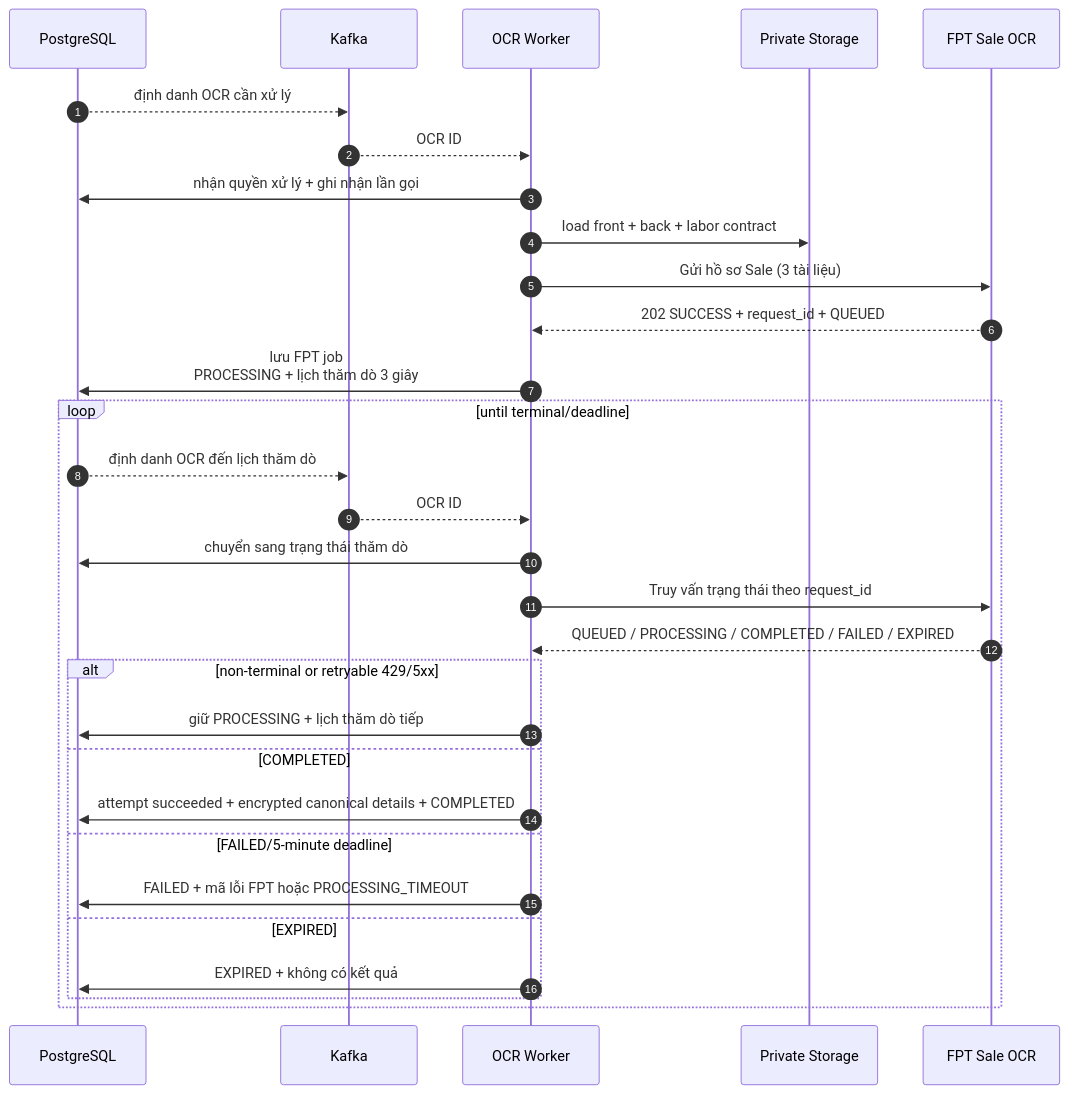
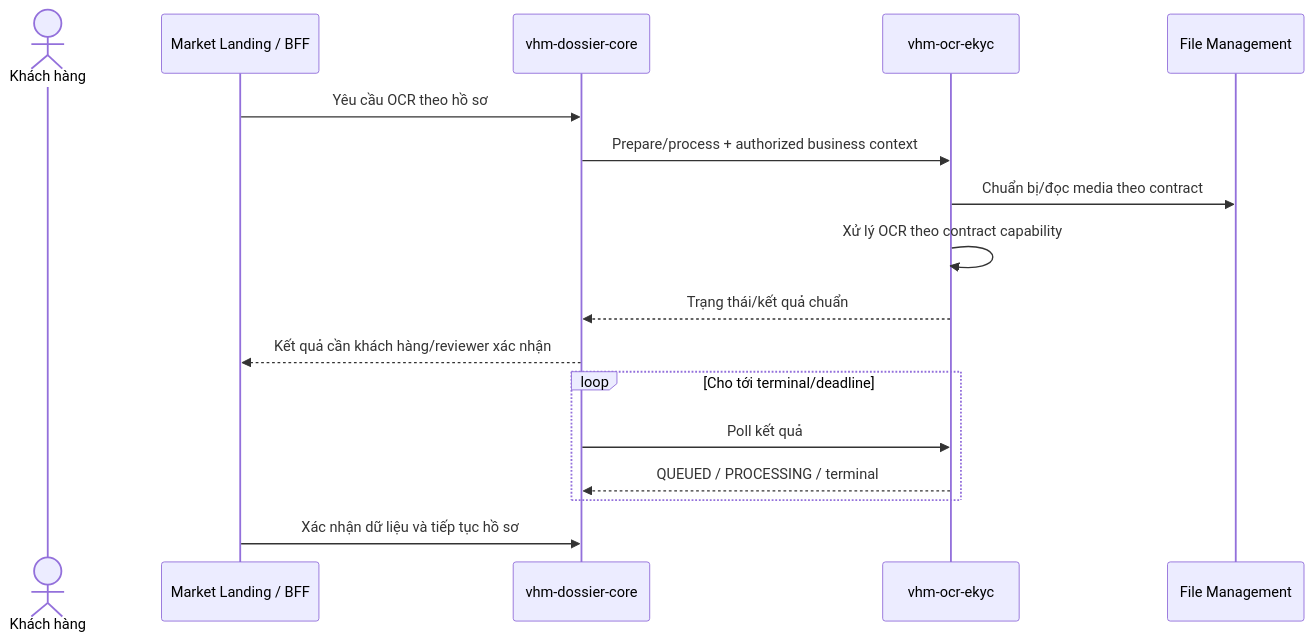
Before and after one commit to huynv-xyz/vhm: the seventh of 8 diagrams in tdd-dossier.md, drawn with Mermaid. The commit also changed other lines of this file, not shown here.

````diff
--- a/tdd-dossier.md
+++ b/tdd-dossier.md
@@ -1158,34 +634,19 @@
 ```mermaid
 sequenceDiagram
-    autonumber
-    participant D as PostgreSQL
-    participant K as Kafka
-    participant W as OCR Worker
-    participant S as Private Storage
-    participant F as FPT Sale OCR
-
-    D-->>K: định danh OCR cần xử lý
-    K-->>W: OCR ID
-    W->>D: nhận quyền xử lý + ghi nhận lần gọi
-    W->>S: load front + back + labor contract
-    W->>F: Gửi hồ sơ Sale (3 tài liệu)
-    F-->>W: 202 SUCCESS + request_id + QUEUED
-    W->>D: lưu FPT job<br/>PROCESSING + lịch thăm dò 3 giây
-
-    loop until terminal/deadline
-        D-->>K: định danh OCR đến lịch thăm dò
-        K-->>W: OCR ID
-        W->>D: chuyển sang trạng thái thăm dò
-        W->>F: Truy vấn trạng thái theo request_id
-        F-->>W: QUEUED / PROCESSING / COMPLETED / FAILED / EXPIRED
-        alt non-terminal or retryable 429/5xx
-            W->>D: giữ PROCESSING + lịch thăm dò tiếp
-        else COMPLETED
-            W->>D: attempt succeeded + encrypted canonical details + COMPLETED
-        else FAILED/5-minute deadline
-            W->>D: FAILED + mã lỗi FPT hoặc PROCESSING_TIMEOUT
-        else EXPIRED
-            W->>D: EXPIRED + không có kết quả
-        end
+    actor U as Khách hàng
+    participant B as Market Landing / BFF
+    participant C as vhm-dossier-core
+    participant O as vhm-ocr-ekyc
+    participant F as File Management
+    B->>C: Yêu cầu OCR theo hồ sơ
+    C->>O: Prepare/process + authorized business context
+    O->>F: Chuẩn bị/đọc media theo contract
+    O->>O: Xử lý OCR theo contract capability
+    O-->>C: Trạng thái/kết quả chuẩn
+    C-->>B: Kết quả cần khách hàng/reviewer xác nhận
+    loop Cho tới terminal/deadline
+        C->>O: Poll kết quả
+        O-->>C: QUEUED / PROCESSING / terminal
     end
+    B->>C: Xác nhận dữ liệu và tiếp tục hồ sơ
 ```
````
